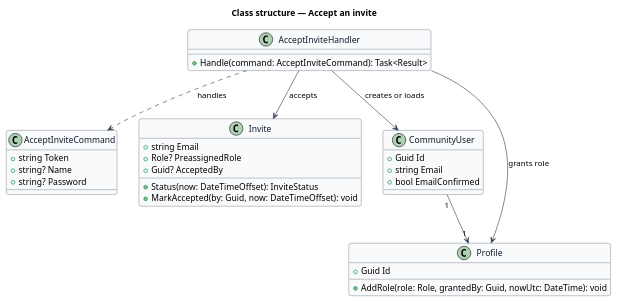
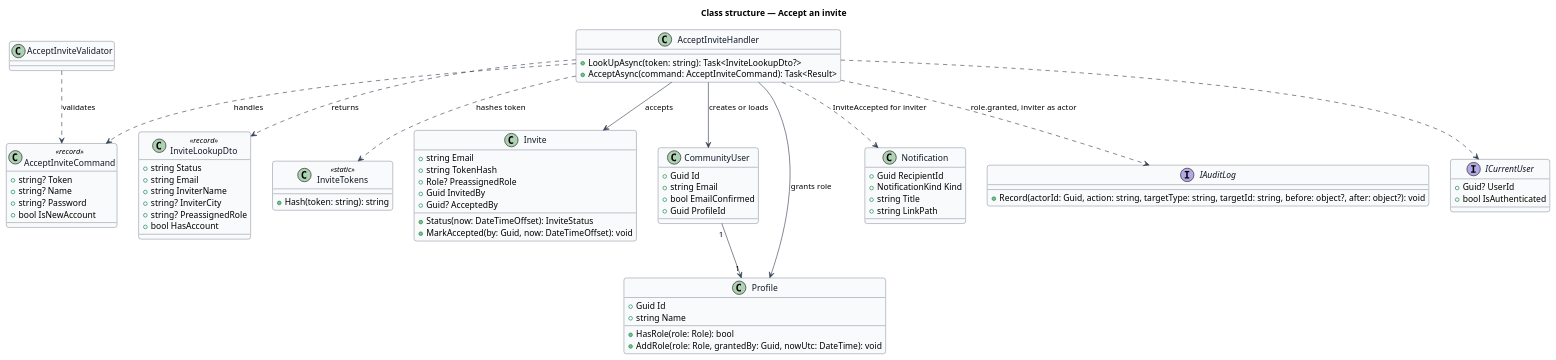
Before and after one commit to QuinntyneBrown/faithtech-community: the diagram in docs/detailed-designs/invites/accept-invite/diagrams/class-structure.puml, drawn with PlantUML. The commit also changed 67 other files, not shown here.

First line of the commit message:
Align the admin and invites designs and diagrams with the built code

```diff
--- a/docs/detailed-designs/invites/accept-invite/diagrams/class-structure.puml
+++ b/docs/detailed-designs/invites/accept-invite/diagrams/class-structure.puml
@@ -1,43 +1,82 @@
 @startuml
 skinparam backgroundColor #FFFFFF
 skinparam shadowing false
 skinparam roundcorner 8
 skinparam defaultFontName Arial
 skinparam ArrowColor #344054
 skinparam class {
   BorderColor #344054
   FontColor #101828
   BackgroundColor #F9FAFB
 }
 title Class structure — Accept an invite
 
-class AcceptInviteCommand {
-  +string Token
+class AcceptInviteCommand <<record>> {
+  +string? Token
   +string? Name
   +string? Password
+  +bool IsNewAccount
+}
+class AcceptInviteValidator {
+}
+class InviteLookupDto <<record>> {
+  +string Status
+  +string Email
+  +string InviterName
+  +string? InviterCity
+  +string? PreassignedRole
+  +bool HasAccount
 }
 class AcceptInviteHandler {
-  +Handle(command: AcceptInviteCommand): Task<Result>
+  +LookUpAsync(token: string): Task<InviteLookupDto?>
+  +AcceptAsync(command: AcceptInviteCommand): Task<Result>
+}
+class InviteTokens <<static>> {
+  +Hash(token: string): string
 }
 class Invite {
   +string Email
+  +string TokenHash
   +Role? PreassignedRole
+  +Guid InvitedBy
   +Guid? AcceptedBy
   +Status(now: DateTimeOffset): InviteStatus
   +MarkAccepted(by: Guid, now: DateTimeOffset): void
 }
 class CommunityUser {
   +Guid Id
   +string Email
   +bool EmailConfirmed
+  +Guid ProfileId
 }
 class Profile {
   +Guid Id
+  +string Name
+  +HasRole(role: Role): bool
   +AddRole(role: Role, grantedBy: Guid, nowUtc: DateTime): void
 }
+class Notification {
+  +Guid RecipientId
+  +NotificationKind Kind
+  +string Title
+  +string LinkPath
+}
+interface IAuditLog {
+  +Record(actorId: Guid, action: string, targetType: string, targetId: string, before: object?, after: object?): void
+}
+interface ICurrentUser {
+  +Guid? UserId
+  +bool IsAuthenticated
+}
+AcceptInviteValidator ..> AcceptInviteCommand : validates
 AcceptInviteHandler ..> AcceptInviteCommand : handles
+AcceptInviteHandler ..> InviteLookupDto : returns
+AcceptInviteHandler ..> InviteTokens : hashes token
 AcceptInviteHandler --> Invite : accepts
 AcceptInviteHandler --> CommunityUser : creates or loads
 AcceptInviteHandler --> Profile : grants role
+AcceptInviteHandler ..> IAuditLog : role.granted, inviter as actor
+AcceptInviteHandler ..> Notification : InviteAccepted for inviter
+AcceptInviteHandler ..> ICurrentUser
 CommunityUser "1" --> "1" Profile
 @enduml
```
